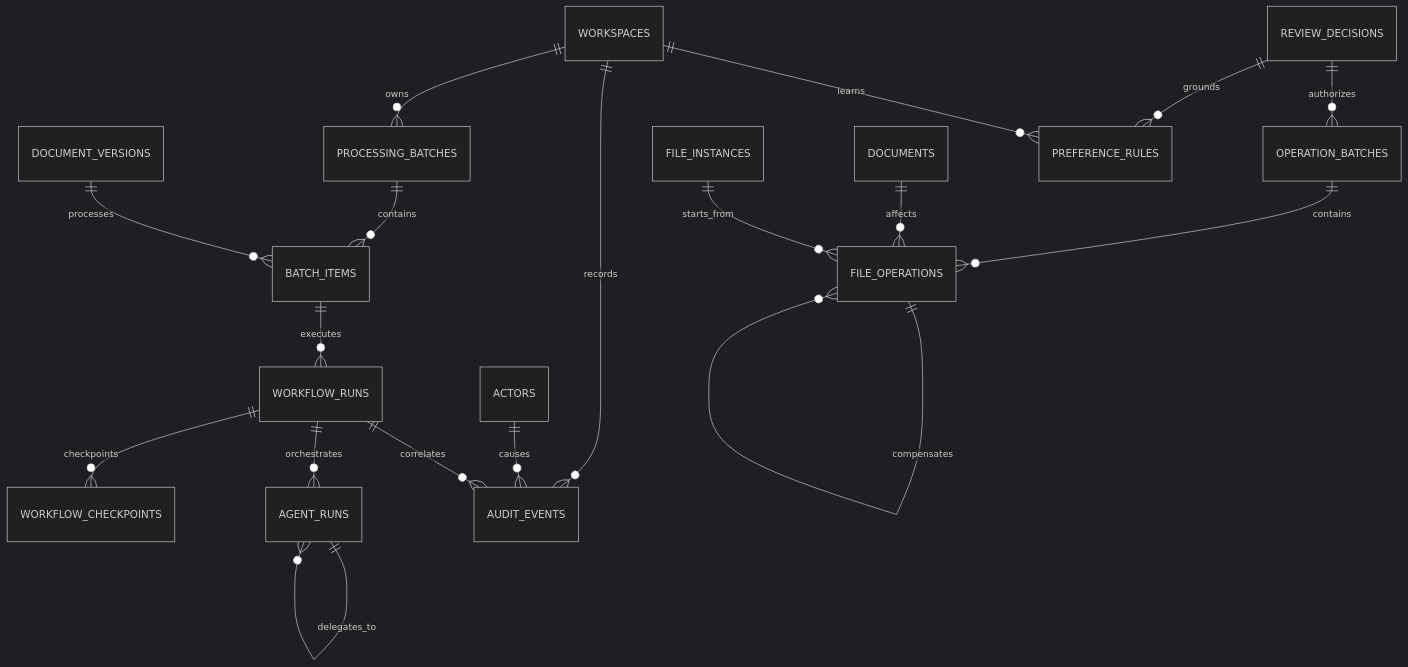
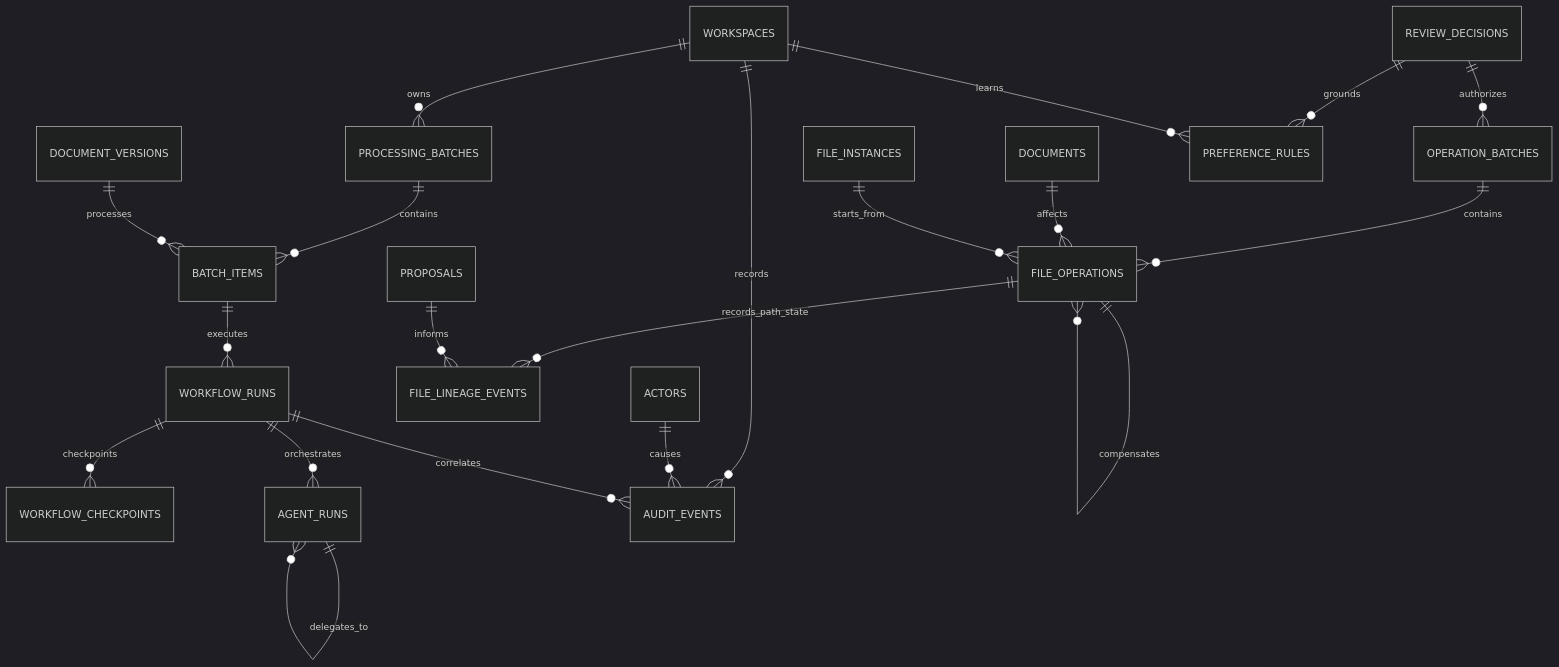
One commit to alessandrob1-star/cockroachdb-aws-agentic-memory-docweave changed the third of 3 diagrams in docs/architecture/cockroachdb-entity-relationship.md. Above: the diagram before and after it, drawn with Mermaid (dark theme). The commit also changed other lines of this file and 13 other files, not shown here.

````diff
--- a/docs/architecture/cockroachdb-entity-relationship.md
+++ b/docs/architecture/cockroachdb-entity-relationship.md
@@ -75,24 +75,26 @@
 ```mermaid
 erDiagram
     WORKSPACES ||--o{ PROCESSING_BATCHES : owns
     PROCESSING_BATCHES ||--o{ BATCH_ITEMS : contains
     DOCUMENT_VERSIONS ||--o{ BATCH_ITEMS : processes
 
     BATCH_ITEMS ||--o{ WORKFLOW_RUNS : executes
     WORKFLOW_RUNS ||--o{ WORKFLOW_CHECKPOINTS : checkpoints
     WORKFLOW_RUNS ||--o{ AGENT_RUNS : orchestrates
     AGENT_RUNS ||--o{ AGENT_RUNS : delegates_to
 
     REVIEW_DECISIONS ||--o{ OPERATION_BATCHES : authorizes
     OPERATION_BATCHES ||--o{ FILE_OPERATIONS : contains
     DOCUMENTS ||--o{ FILE_OPERATIONS : affects
     FILE_INSTANCES ||--o{ FILE_OPERATIONS : starts_from
     FILE_OPERATIONS ||--o{ FILE_OPERATIONS : compensates
+    FILE_OPERATIONS ||--o{ FILE_LINEAGE_EVENTS : records_path_state
+    PROPOSALS ||--o{ FILE_LINEAGE_EVENTS : informs
 
     REVIEW_DECISIONS ||--o{ PREFERENCE_RULES : grounds
     WORKSPACES ||--o{ PREFERENCE_RULES : learns
 
     WORKSPACES ||--o{ AUDIT_EVENTS : records
     ACTORS ||--o{ AUDIT_EVENTS : causes
     WORKFLOW_RUNS ||--o{ AUDIT_EVENTS : correlates
 ```
````
